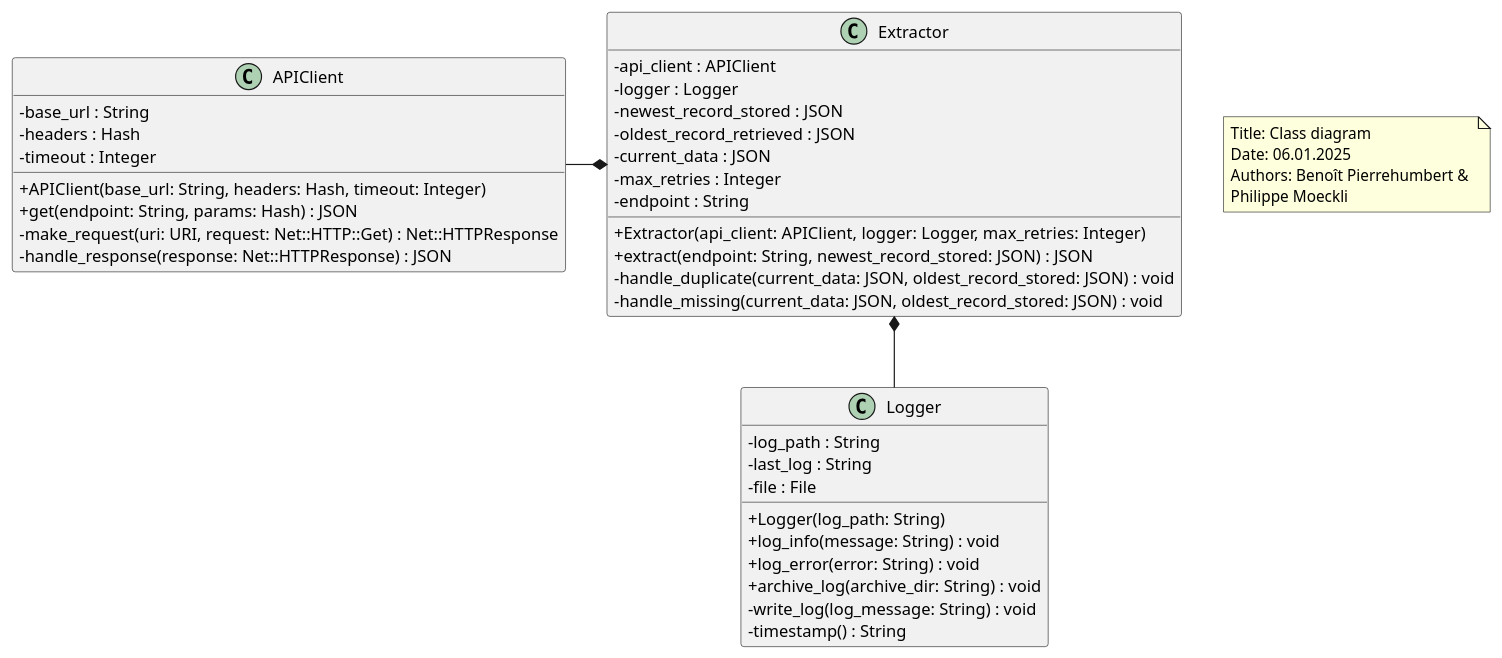
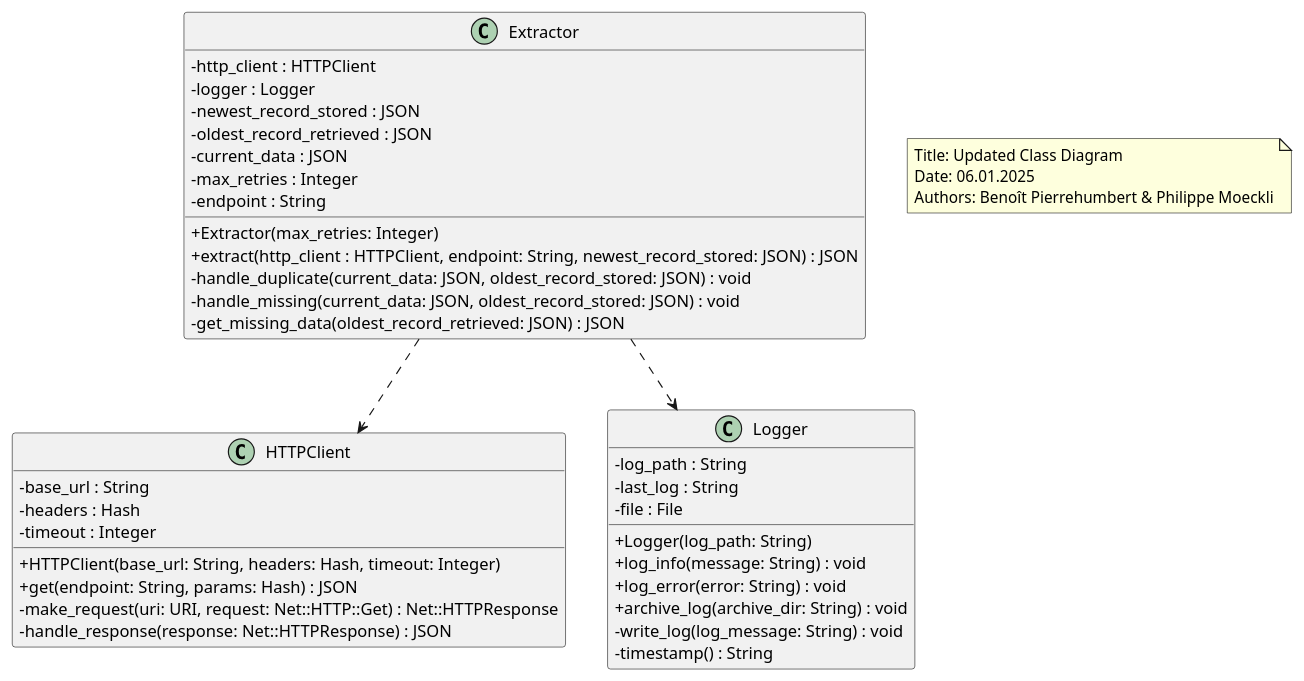
Before and after one commit to CPNV-ES-BI1-SBB/EXTERNAL-SOURCE-EXTRACT: the diagram in docs/class_diagram.puml, drawn with PlantUML.

Commit message:
docs: refactor class diagram to remove composition

```diff
--- a/docs/class_diagram.puml
+++ b/docs/class_diagram.puml
@@ -1,49 +1,51 @@
 @startuml
 
 skinparam classAttributeIconSize 0
+
 class Extractor {
-  - api_client : APIClient
+  - http_client : HTTPClient
   - logger : Logger
   - newest_record_stored : JSON
   - oldest_record_retrieved : JSON
   - current_data : JSON
   - max_retries : Integer
   - endpoint : String
-  + Extractor(api_client: APIClient, logger: Logger, max_retries: Integer)
-  + extract(endpoint: String, newest_record_stored: JSON) : JSON
+  + Extractor(max_retries: Integer)
+  + extract(http_client : HTTPClient, endpoint: String, newest_record_stored: JSON) : JSON
   - handle_duplicate(current_data: JSON, oldest_record_stored: JSON) : void
   - handle_missing(current_data: JSON, oldest_record_stored: JSON) : void
+  - get_missing_data(oldest_record_retrieved: JSON) : JSON
 }
 
-class APIClient {
+class HTTPClient {
   - base_url : String
   - headers : Hash
   - timeout : Integer
-  + APIClient(base_url: String, headers: Hash, timeout: Integer)
+  + HTTPClient(base_url: String, headers: Hash, timeout: Integer)
   + get(endpoint: String, params: Hash) : JSON
   - make_request(uri: URI, request: Net::HTTP::Get) : Net::HTTPResponse
   - handle_response(response: Net::HTTPResponse) : JSON
 }
 
 class Logger {
   - log_path : String
   - last_log : String
   - file : File
   + Logger(log_path: String)
   + log_info(message: String) : void
   + log_error(error: String) : void
   + archive_log(archive_dir: String) : void
   - write_log(log_message: String) : void
   - timestamp() : String
 }
 
-Logger -up-*  Extractor
-APIClient -right-*  Extractor
+Extractor ..> HTTPClient
+Extractor ..> Logger
 
 note as N1
-  Title: Class diagram
+  Title: Updated Class Diagram
   Date: 06.01.2025
-  Authors: Benoît Pierrehumbert & 
-  Philippe Moeckli
+  Authors: Benoît Pierrehumbert & Philippe Moeckli
 end note
+
 @enduml
```
